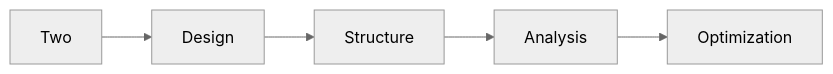
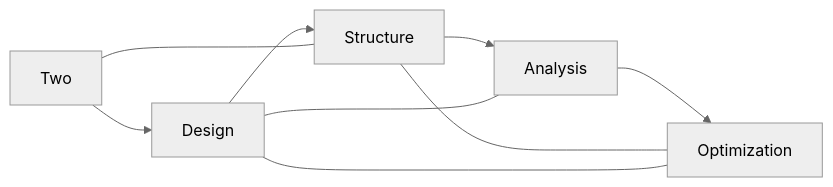
The fourth of 6 diagrams in formalisms/numbers/2.md (docxology/School_of_Tomorrow), drawn with Mermaid (neutral theme) before and after one commit. The commit also changed other lines of this file and 9311 other files, not shown here.

````diff
--- a/formalisms/numbers/2.md
+++ b/formalisms/numbers/2.md
@@ -153,7 +160,12 @@
 ```mermaid
 graph LR
     A[Two] --> B[Design]
     B --> C[Structure]
     C --> D[Analysis]
     D --> E[Optimization]
+    
+    A --- C
+    B --- D
+    C --- E
+    B --- E
 ```
````
